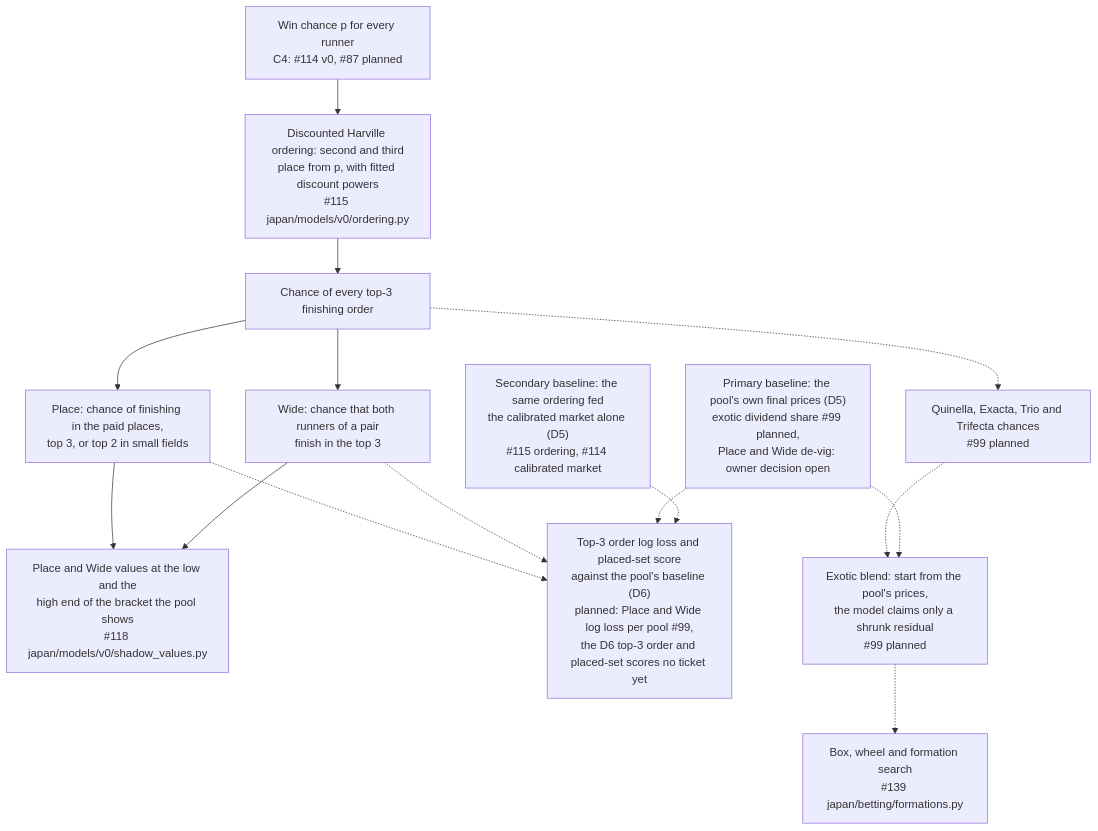
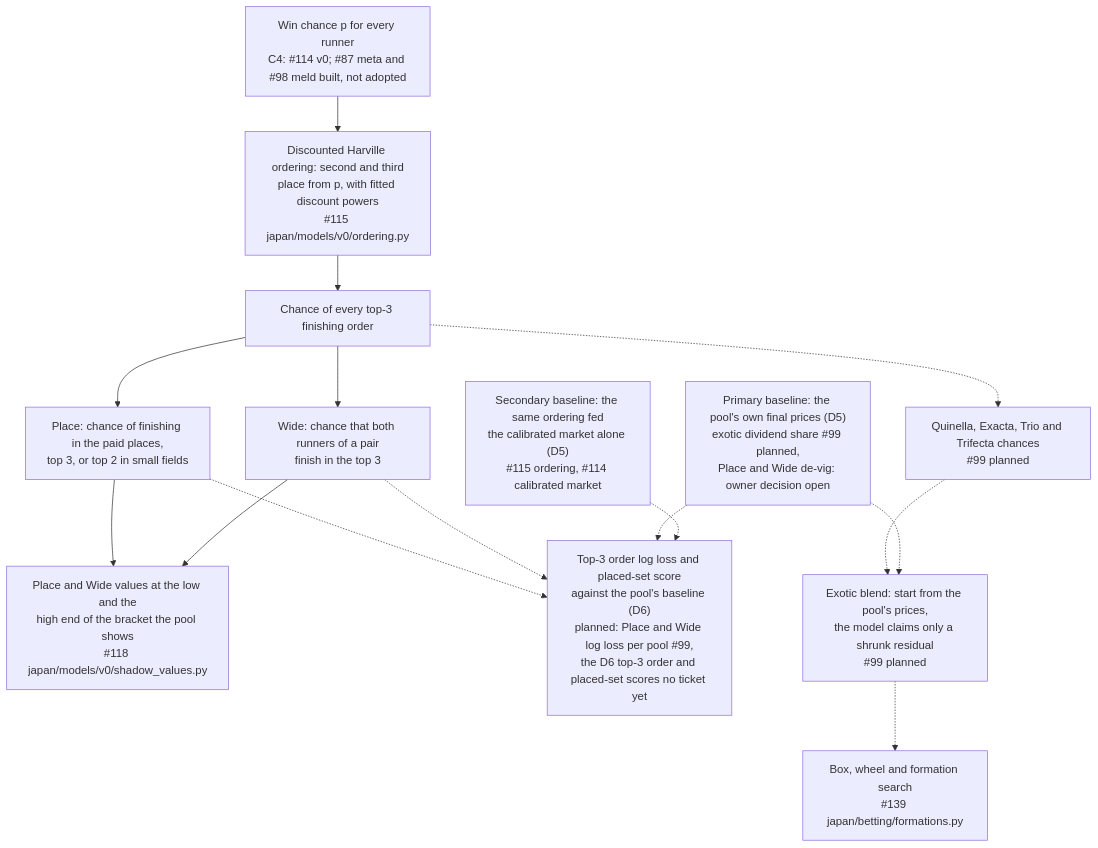
The fourth of 6 diagrams in docs/modeling.md (rjeskuri/HorseTrackBetting), drawn with Mermaid before and after one commit. The commit also changed other lines of this file and 4 other files, not shown here.

First line of the commit message:
Add the meld study runner and its design docs (#98)

````diff
--- a/docs/modeling.md
+++ b/docs/modeling.md
@@ -188,29 +191,29 @@
 ```mermaid
 flowchart TD
-    WIN["Win chance p for every runner<br/>C4: #114 v0, #87 planned"]
+    WIN["Win chance p for every runner<br/>C4: #114 v0; #87 meta and #98 meld built, not adopted"]
     ORD["Discounted Harville ordering: second and third<br/>place from p, with fitted discount powers<br/>#115 japan/models/v0/ordering.py"]
     TOP3["Chance of every top-3 finishing order"]
     PLACE["Place: chance of finishing in the paid places,<br/>top 3, or top 2 in small fields"]
     WIDE["Wide: chance that both runners of a pair<br/>finish in the top 3"]
     EXO["Quinella, Exacta, Trio and Trifecta chances<br/>#99 planned"]
     BRK["Place and Wide values at the low and the<br/>high end of the bracket the pool shows<br/>#118 japan/models/v0/shadow_values.py"]
     POOL["Primary baseline: the pool's own final prices (D5)<br/>exotic dividend share #99 planned,<br/>Place and Wide de-vig: owner decision open"]
     DERIV["Secondary baseline: the same ordering fed<br/>the calibrated market alone (D5)<br/>#115 ordering, #114 calibrated market"]
     SCORE["Top-3 order log loss and placed-set score<br/>against the pool's baseline (D6)<br/>planned: Place and Wide log loss per pool #99,<br/>the D6 top-3 order and placed-set scores no ticket yet"]
     BLEND["Exotic blend: start from the pool's prices,<br/>the model claims only a shrunk residual<br/>#99 planned"]
     FORM["Box, wheel and formation search<br/>#139 japan/betting/formations.py"]
     WIN --> ORD
     ORD --> TOP3
     TOP3 --> PLACE
     TOP3 --> WIDE
     TOP3 -.-> EXO
     PLACE --> BRK
     WIDE --> BRK
     PLACE -.-> SCORE
     WIDE -.-> SCORE
     POOL -.-> SCORE
     DERIV -.-> SCORE
     EXO -.-> BLEND
     POOL -.-> BLEND
     BLEND -.-> FORM
 ```
````
